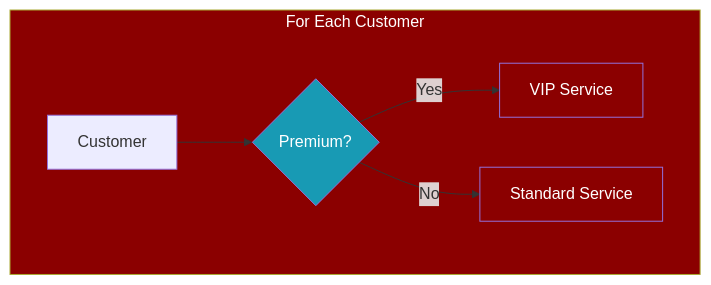
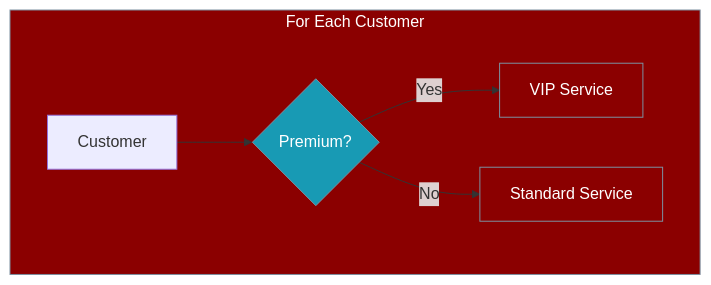
The second of 3 diagrams in docs/features/conditional-branching.mdx (MervinPraison/PraisonAIDocs), drawn with Mermaid before and after one commit. The commit also changed other lines of this file and 10 other files, not shown here.

First line of the commit message:
fix: align Mermaid classDef stroke and palette in batch-1 features

````diff
--- a/docs/features/conditional-branching.mdx
+++ b/docs/features/conditional-branching.mdx
@@ -206,13 +199,14 @@
 ```mermaid
 flowchart TD
     subgraph Loop["For Each Customer"]
         A[Customer] --> B{Premium?}
         B -->|Yes| C[VIP Service]
         B -->|No| D[Standard Service]
     end
     
-    style Loop fill:#8B0000,color:#fff
-    style B fill:#189AB4,color:#fff
-    style C fill:#8B0000,color:#fff
-    style D fill:#8B0000,color:#fff
+    classDef container fill:#8B0000,stroke:#7C90A0,color:#fff
+    classDef condition fill:#189AB4,stroke:#7C90A0,color:#fff
+    class Loop container
+    class B condition
+    class C,D container
 ```
````
